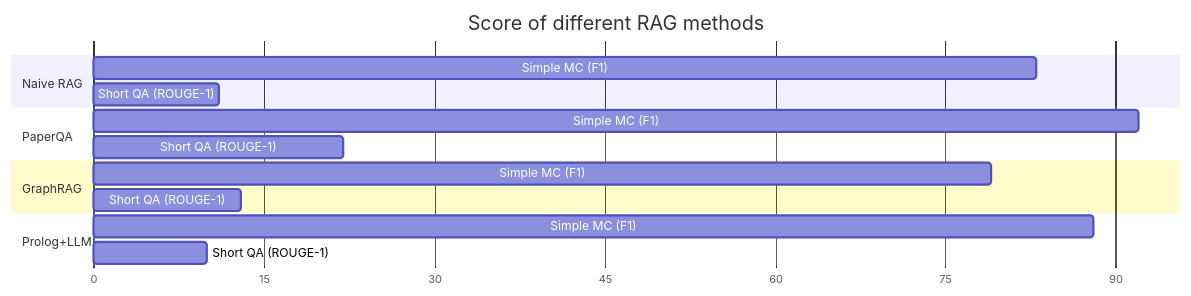
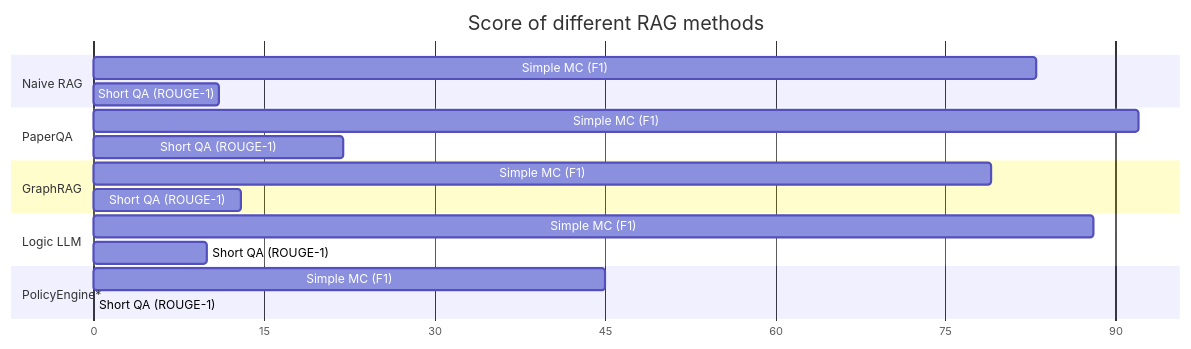
Before and after one commit to Georgetown-MDI-Beeck-Collaboration/p2c2024-RAG-benchmark: the second of 2 diagrams in README.md, drawn with Mermaid. The commit also changed other lines of this file, not shown here.

````diff
--- a/README.md
+++ b/README.md
@@ -11,19 +42,22 @@
 ```mermaid
 gantt
     title Score of different RAG methods
     dateFormat  X
     axisFormat %s
 
     section Naive RAG
     Simple MC (F1)         : 0, 83
     Short QA (ROUGE-1)   : 0, 11
     section PaperQA
     Simple MC (F1)         : 0, 92
     Short QA (ROUGE-1)   : 0, 22
     section GraphRAG
     Simple MC (F1)         : 0, 79
     Short QA (ROUGE-1)   : 0, 13
-    section Prolog+LLM
+    section Logic LLM
     Simple MC (F1)         : 0, 88
     Short QA (ROUGE-1)   : 0, 10
+    section PolicyEngine*
+    Simple MC (F1)         : 0, 45
+    Short QA (ROUGE-1)   : 0, 0
 ```
````
